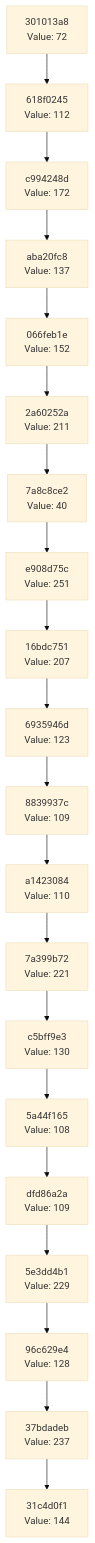
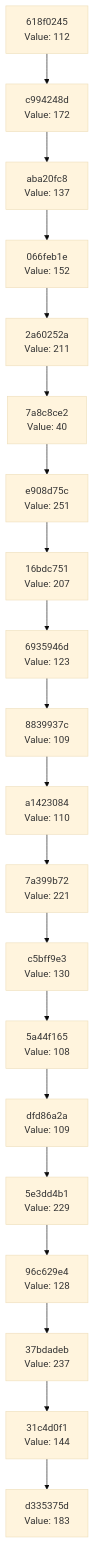
The diagram in docs/CHAIN_VISUALIZATION.md (Abhisheksinha1506/hash-chain-evolver), drawn with Mermaid (base theme) before and after one commit. The commit also changed 2 other files, not shown here.

Commit message:
Evolution Step

````diff
--- a/docs/CHAIN_VISUALIZATION.md
+++ b/docs/CHAIN_VISUALIZATION.md
@@ -3,42 +3,42 @@
 ```mermaid
 graph TD
-    C0["31c4d0f1<br/>Value: 144"]
-    C1["37bdadeb<br/>Value: 237"]
+    C0["d335375d<br/>Value: 183"]
+    C1["31c4d0f1<br/>Value: 144"]
     C1 --> C0
-    C2["96c629e4<br/>Value: 128"]
+    C2["37bdadeb<br/>Value: 237"]
     C2 --> C1
-    C3["5e3dd4b1<br/>Value: 229"]
+    C3["96c629e4<br/>Value: 128"]
     C3 --> C2
-    C4["dfd86a2a<br/>Value: 109"]
+    C4["5e3dd4b1<br/>Value: 229"]
     C4 --> C3
-    C5["5a44f165<br/>Value: 108"]
+    C5["dfd86a2a<br/>Value: 109"]
     C5 --> C4
-    C6["c5bff9e3<br/>Value: 130"]
+    C6["5a44f165<br/>Value: 108"]
     C6 --> C5
-    C7["7a399b72<br/>Value: 221"]
+    C7["c5bff9e3<br/>Value: 130"]
     C7 --> C6
-    C8["a1423084<br/>Value: 110"]
+    C8["7a399b72<br/>Value: 221"]
     C8 --> C7
-    C9["8839937c<br/>Value: 109"]
+    C9["a1423084<br/>Value: 110"]
     C9 --> C8
-    C10["6935946d<br/>Value: 123"]
+    C10["8839937c<br/>Value: 109"]
     C10 --> C9
-    C11["16bdc751<br/>Value: 207"]
+    C11["6935946d<br/>Value: 123"]
     C11 --> C10
-    C12["e908d75c<br/>Value: 251"]
+    C12["16bdc751<br/>Value: 207"]
     C12 --> C11
-    C13["7a8c8ce2<br/>Value: 40"]
+    C13["e908d75c<br/>Value: 251"]
     C13 --> C12
-    C14["2a60252a<br/>Value: 211"]
+    C14["7a8c8ce2<br/>Value: 40"]
     C14 --> C13
-    C15["066feb1e<br/>Value: 152"]
+    C15["2a60252a<br/>Value: 211"]
     C15 --> C14
-    C16["aba20fc8<br/>Value: 137"]
+    C16["066feb1e<br/>Value: 152"]
     C16 --> C15
-    C17["c994248d<br/>Value: 172"]
+    C17["aba20fc8<br/>Value: 137"]
     C17 --> C16
-    C18["618f0245<br/>Value: 112"]
+    C18["c994248d<br/>Value: 172"]
     C18 --> C17
-    C19["301013a8<br/>Value: 72"]
+    C19["618f0245<br/>Value: 112"]
     C19 --> C18
 ```
````
